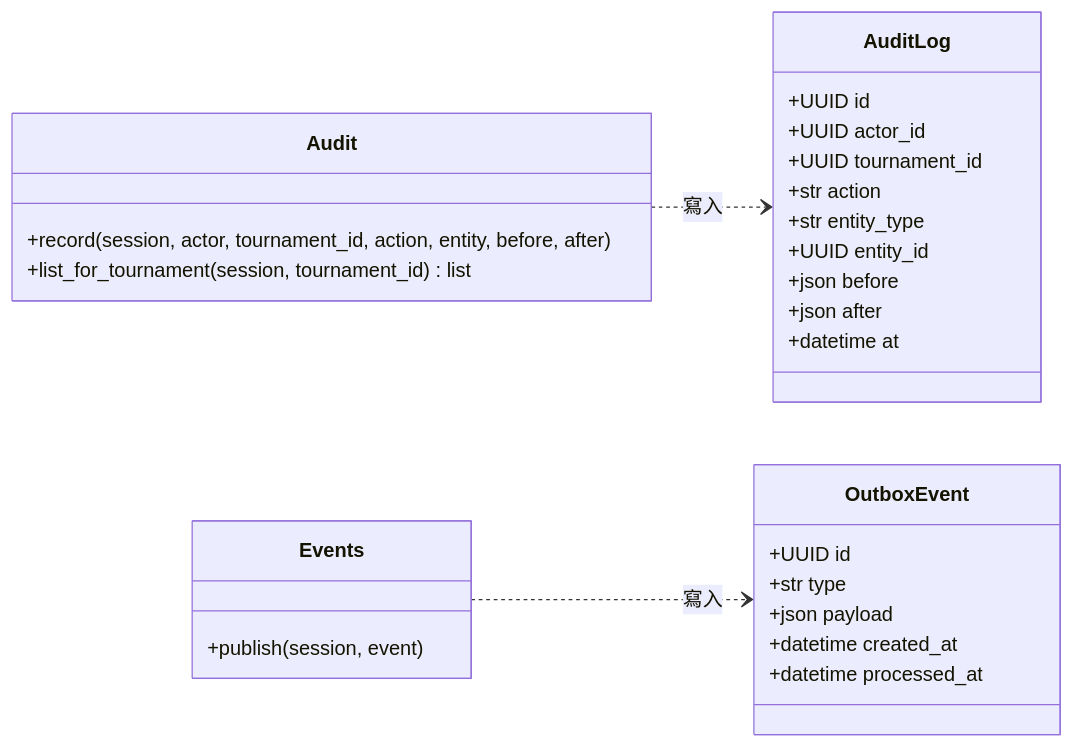
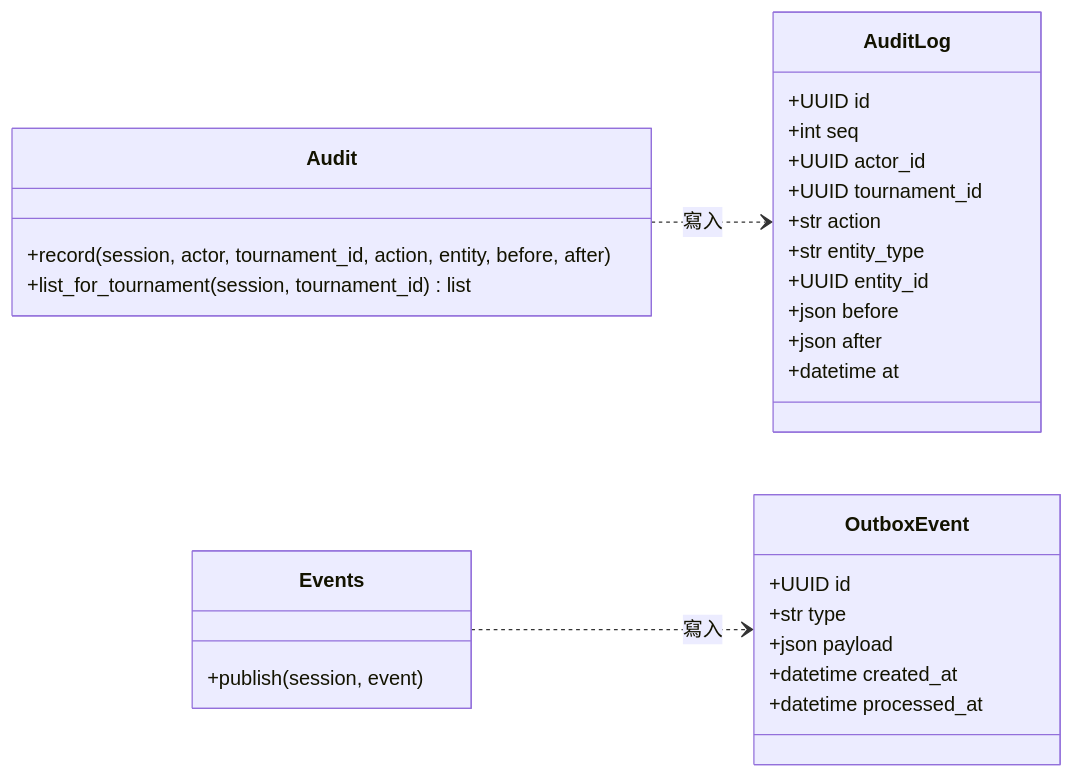
One commit to Team14good/esport-platform changed the second of 12 diagrams in docs/midterm/D-物件設計文件.md. Above: the diagram before and after it, drawn with Mermaid. The commit also changed other lines of this file and 20 other files, not shown here.

````diff
--- a/docs/midterm/D-物件設計文件.md
+++ b/docs/midterm/D-物件設計文件.md
@@ -71,31 +72,32 @@
 ```mermaid
 classDiagram
   direction LR
   class AuditLog {
     +UUID id
+    +int seq
     +UUID actor_id
     +UUID tournament_id
     +str action
     +str entity_type
     +UUID entity_id
     +json before
     +json after
     +datetime at
   }
   class OutboxEvent {
     +UUID id
     +str type
     +json payload
     +datetime created_at
     +datetime processed_at
   }
   class Audit {
     +record(session, actor, tournament_id, action, entity, before, after)
     +list_for_tournament(session, tournament_id) list
   }
   class Events {
     +publish(session, event)
   }
   Audit ..> AuditLog : 寫入
   Events ..> OutboxEvent : 寫入
 ```
````
